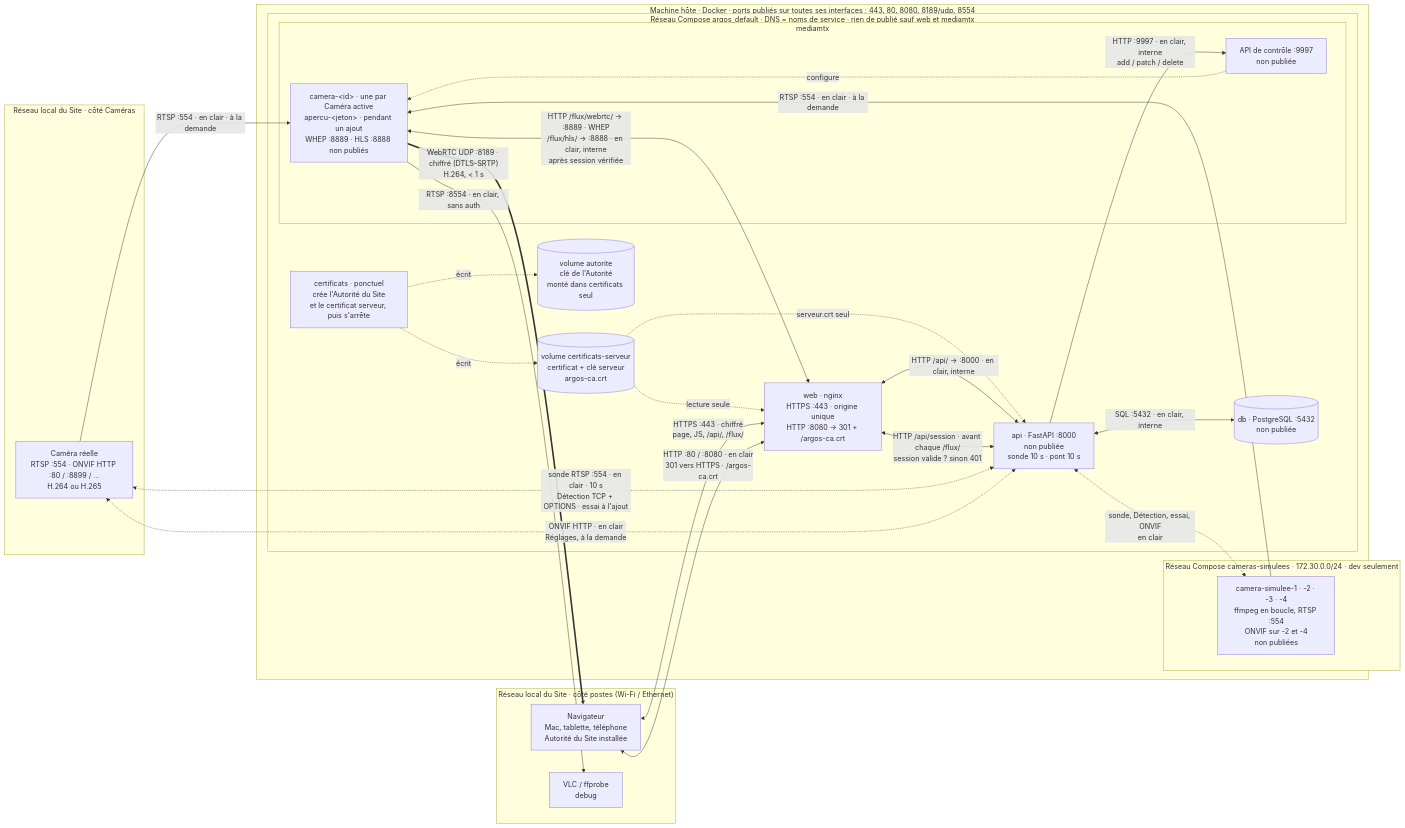
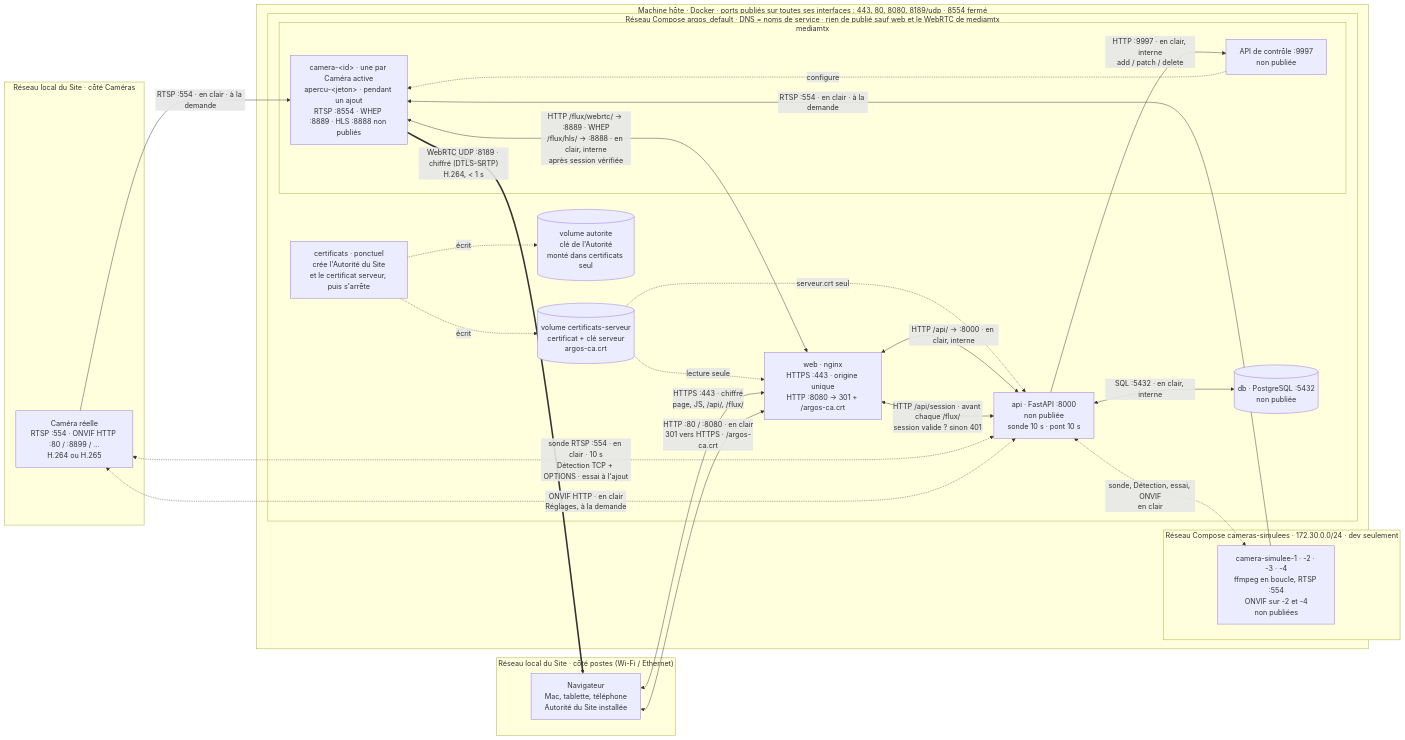
Before and after one commit to UlyssouLV/ArgOS: the diagram in docs/features/reseau/schema-flux.md, drawn with Mermaid. The commit also changed other lines of this file and 8 other files, not shown here.

First line of the commit message:
Ferme le RTSP du pont au réseau local

````diff
--- a/docs/features/reseau/schema-flux.md
+++ b/docs/features/reseau/schema-flux.md
@@ -17,52 +17,50 @@
 ```mermaid
 flowchart LR
     subgraph LANC["Réseau local du Site · côté Caméras"]
         CAMR["Caméra réelle<br/>RTSP :554 · ONVIF HTTP :80 / :8899 / …<br/>H.264 ou H.265"]
     end
 
-    subgraph HOTE["Machine hôte · Docker · ports publiés sur toutes ses interfaces : 443, 80, 8080, 8189/udp, 8554"]
+    subgraph HOTE["Machine hôte · Docker · ports publiés sur toutes ses interfaces : 443, 80, 8080, 8189/udp · 8554 fermé"]
         subgraph SIMU["Réseau Compose cameras-simulees · 172.30.0.0/24 · dev seulement"]
             SIM["camera-simulee-1 · -2 · -3 · -4<br/>ffmpeg en boucle, RTSP :554<br/>ONVIF sur -2 et -4<br/>non publiées"]
         end
-        subgraph COMPOSE["Réseau Compose argos_default · DNS = noms de service · rien de publié sauf web et mediamtx"]
+        subgraph COMPOSE["Réseau Compose argos_default · DNS = noms de service · rien de publié sauf web et le WebRTC de mediamtx"]
             CERT["certificats · ponctuel<br/>crée l'Autorité du Site<br/>et le certificat serveur, puis s'arrête"]
             VAUT[("volume autorite<br/>clé de l'Autorité<br/>monté dans certificats seul")]
             VSRV[("volume certificats-serveur<br/>certificat + clé serveur<br/>argos-ca.crt")]
             WEB["web · nginx<br/>HTTPS :443 · origine unique<br/>HTTP :8080 → 301 + /argos-ca.crt"]
             API["api · FastAPI :8000<br/>non publiée<br/>sonde 10 s · pont 10 s"]
             subgraph MTX["mediamtx"]
-                PONT["camera-&lt;id&gt; · une par Caméra active<br/>apercu-&lt;jeton&gt; · pendant un ajout<br/>WHEP :8889 · HLS :8888 non publiés"]
+                PONT["camera-&lt;id&gt; · une par Caméra active<br/>apercu-&lt;jeton&gt; · pendant un ajout<br/>RTSP :8554 · WHEP :8889 · HLS :8888 non publiés"]
                 CTRL["API de contrôle :9997<br/>non publiée"]
             end
             DB[("db · PostgreSQL :5432<br/>non publiée")]
         end
     end
 
     subgraph LANP["Réseau local du Site · côté postes (Wi-Fi / Ethernet)"]
         NAV["Navigateur<br/>Mac, tablette, téléphone<br/>Autorité du Site installée"]
-        VLC["VLC / ffprobe<br/>debug"]
     end
 
     CERT -. "écrit" .-> VAUT
     CERT -. "écrit" .-> VSRV
     VSRV -. "lecture seule" .-> WEB
     VSRV -. "serveur.crt seul" .-> API
 
     NAV <-- "HTTPS :443 · chiffré<br/>page, JS, /api/, /flux/" --> WEB
     NAV <-- "HTTP :80 / :8080 · en clair<br/>301 vers HTTPS · /argos-ca.crt" --> WEB
     WEB <-- "HTTP /api/ → :8000 · en clair, interne" --> API
     WEB <-- "HTTP /api/session · avant chaque /flux/<br/>session valide ? sinon 401" --> API
     WEB <-- "HTTP /flux/webrtc/ → :8889 · WHEP<br/>/flux/hls/ → :8888 · en clair, interne<br/>après session vérifiée" --> PONT
     PONT == "WebRTC UDP :8189 · chiffré (DTLS-SRTP)<br/>H.264, < 1 s" ==> NAV
-    PONT -- "RTSP :8554 · en clair, sans auth" --> VLC
 
     CAMR -- "RTSP :554 · en clair · à la demande" --> PONT
     SIM -- "RTSP :554 · en clair · à la demande" --> PONT
 
     API -- "HTTP :9997 · en clair, interne<br/>add / patch / delete" --> CTRL
     CTRL -. configure .-> PONT
     API <-- "SQL :5432 · en clair, interne" --> DB
     API <-. "sonde RTSP :554 · en clair · 10 s<br/>Détection TCP + OPTIONS · essai à l'ajout" .-> CAMR
     API <-. "ONVIF HTTP · en clair<br/>Réglages, à la demande" .-> CAMR
     API <-. "sonde, Détection, essai, ONVIF<br/>en clair" .-> SIM
 ```
````
